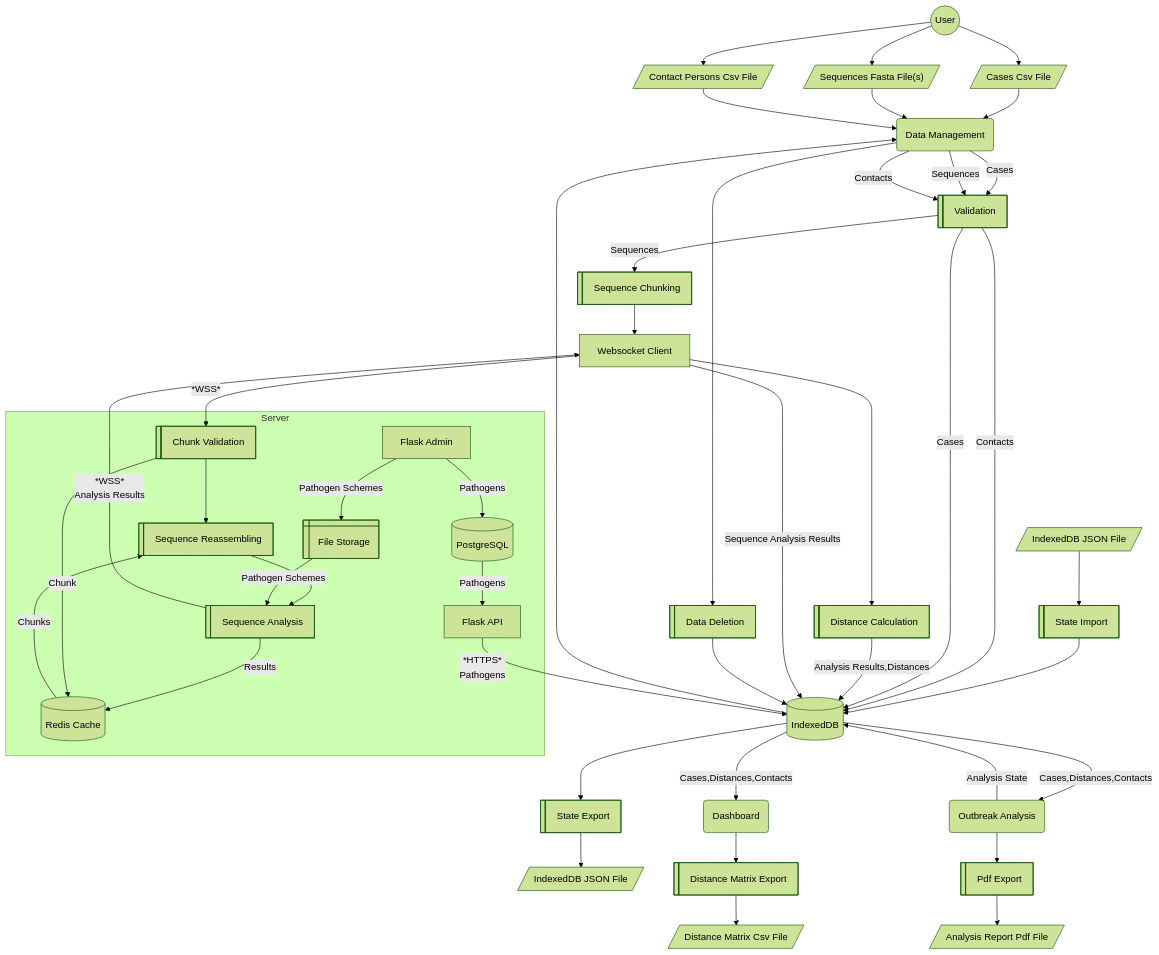
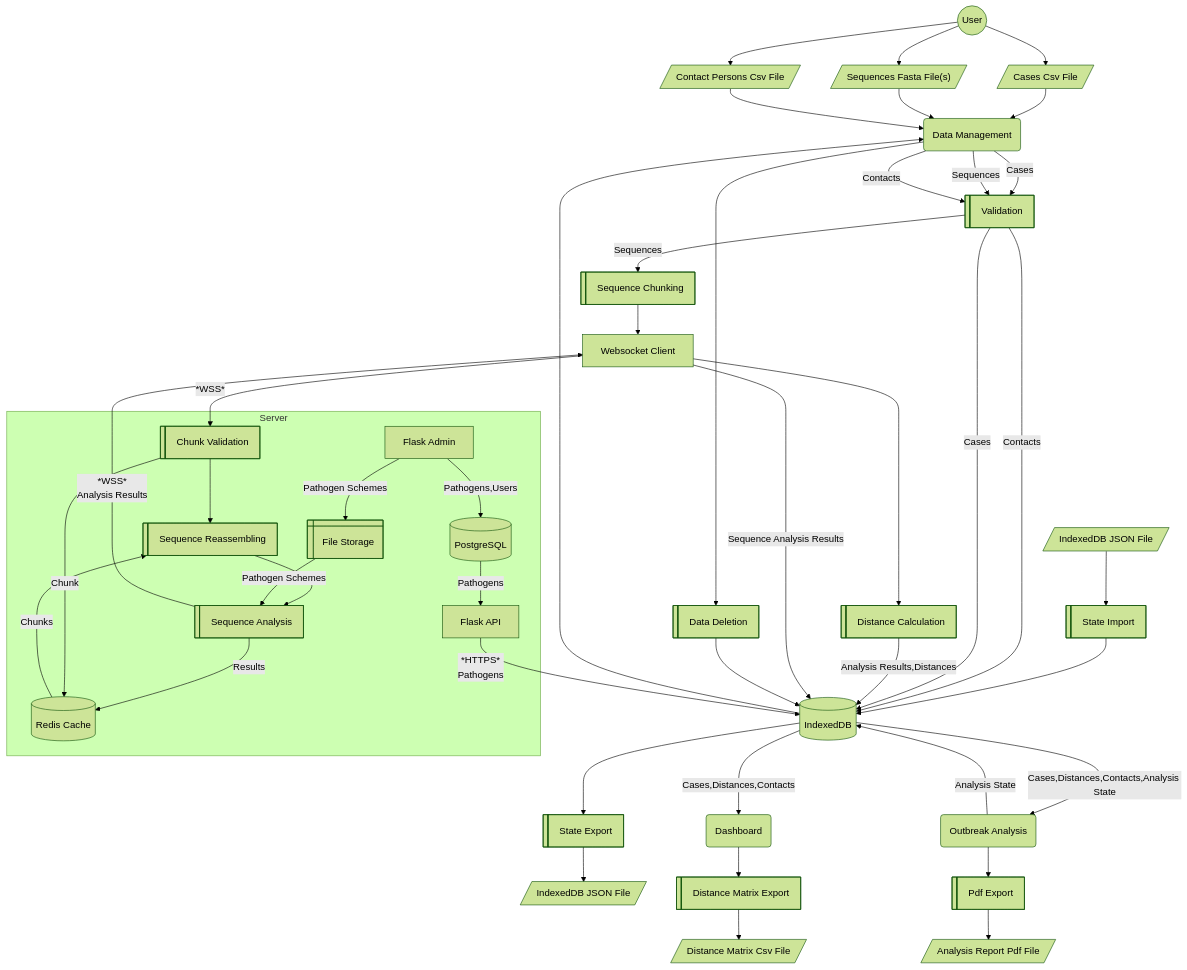
One commit to DiltheyLab/GENTRAIN changed the third of 5 diagrams in documentation/docs/developers/data_management.md. Above: the diagram before and after it, drawn with Mermaid (forest theme). The commit also changed 1 other file, not shown here.

Commit message:
fix: persist session id 30 instead of 60 mins

````diff
--- a/documentation/docs/developers/data_management.md
+++ b/documentation/docs/developers/data_management.md
@@ -140,34 +140,34 @@
 ```mermaid
 graph TB
 User@{ shape: circle, label: "User" }-->Input_Cases
 User@{ shape: circle, label: "User" }-->Input_Samples
 User@{ shape: circle, label: "User" }-->Input_Contacts
 Input_Cases@{ shape: lean-r, label: "Cases Csv File"}-->Data_Management--Cases-->Validation
 Input_Samples@{ shape: lean-r, label: "Sequences Fasta File(s)"}-->Data_Management--Sequences-->Validation
 Input_Contacts@{ shape: lean-r, label: "Contact Persons Csv File"}-->Data_Management--Contacts-->Validation
 Input_JSON@{ shape: lean-r, label: "IndexedDB JSON File"}-->State_Import@{ shape: lin-rect, label: "State Import" }-->IndexedDB
 API--"*HTTPS*<br/>Pathogens"-->IndexedDB
 Validation@{ shape: lin-rect, label: "Validation" }--Sequences-->Sequence_Chunking@{ shape: lin-rect, label: "Sequence Chunking" }
 Validation--Contacts-->IndexedDB
 Validation--Cases-->IndexedDB
 Sequence_Chunking-->Websocket_Client[Websocket Client]--*WSS*-->Chunk_Validation
 subgraph Server
     Chunk_Validation
     Redis--Chunks-->Sequence_Reassembling
     Chunk_Validation@{ shape: lin-rect, label: "Chunk Validation" }-->Sequence_Reassembling@{ shape: lin-rect, label: "Sequence Reassembling" }-->Sequence_Analysis@{ shape: lin-rect, label: "Sequence Analysis" }--Results-->Redis[(Redis Cache)]
     Chunk_Validation--Chunk-->Redis
     File_Storage--"Pathogen Schemes"-->Sequence_Analysis
     Flask_Admin--"Pathogen Schemes"-->File_Storage@{ shape: win-pane, label: "File Storage" }
-    Flask_Admin[Flask Admin]--Pathogens-->PostgreSQL
+    Flask_Admin[Flask Admin]--Pathogens,Users-->PostgreSQL
     PostgreSQL[(PostgreSQL)]--Pathogens-->API[Flask API]
 end
 Sequence_Analysis--"*WSS*<br/>Analysis Results"-->Websocket_Client[Websocket Client]-->Distance_Calculation@{ shape: lin-rect, label: "Distance Calculation" }--"Analysis Results,Distances"-->IndexedDB
 IndexedDB[(IndexedDB)]--Cases,Distances,Contacts-->Dashboard(Dashboard)
 Websocket_Client[Websocket Client]--"Sequence Analysis Results"-->IndexedDB
 IndexedDB-->State_Export@{ shape: lin-rect, label: "State Export" }-->Output_JSON@{ shape: lean-r, label: "IndexedDB JSON File"}
 Dashboard-->DM_Export@{ shape: lin-rect, label: "Distance Matrix Export" }-->Distance_Matrix_Csv@{ shape: lean-r, label: "Distance Matrix Csv File"}
 Outbreak_Analysis--"Analysis State"-->
-IndexedDB[(IndexedDB)]--Cases,Distances,Contacts-->Outbreak_Analysis(Outbreak Analysis)
+IndexedDB[(IndexedDB)]--"Cases,Distances,Contacts,Analysis State"-->Outbreak_Analysis(Outbreak Analysis)
 IndexedDB[(IndexedDB)]-->Data_Management(Data Management)-->Data_Deletion@{ shape: lin-rect, label: "Data Deletion" }-->IndexedDB
 Outbreak_Analysis-->Pdf_Export@{ shape: lin-rect, label: "Pdf Export" }-->Pdf_Report@{ shape: lean-r, label: "Analysis Report Pdf File"}
 ```
````
